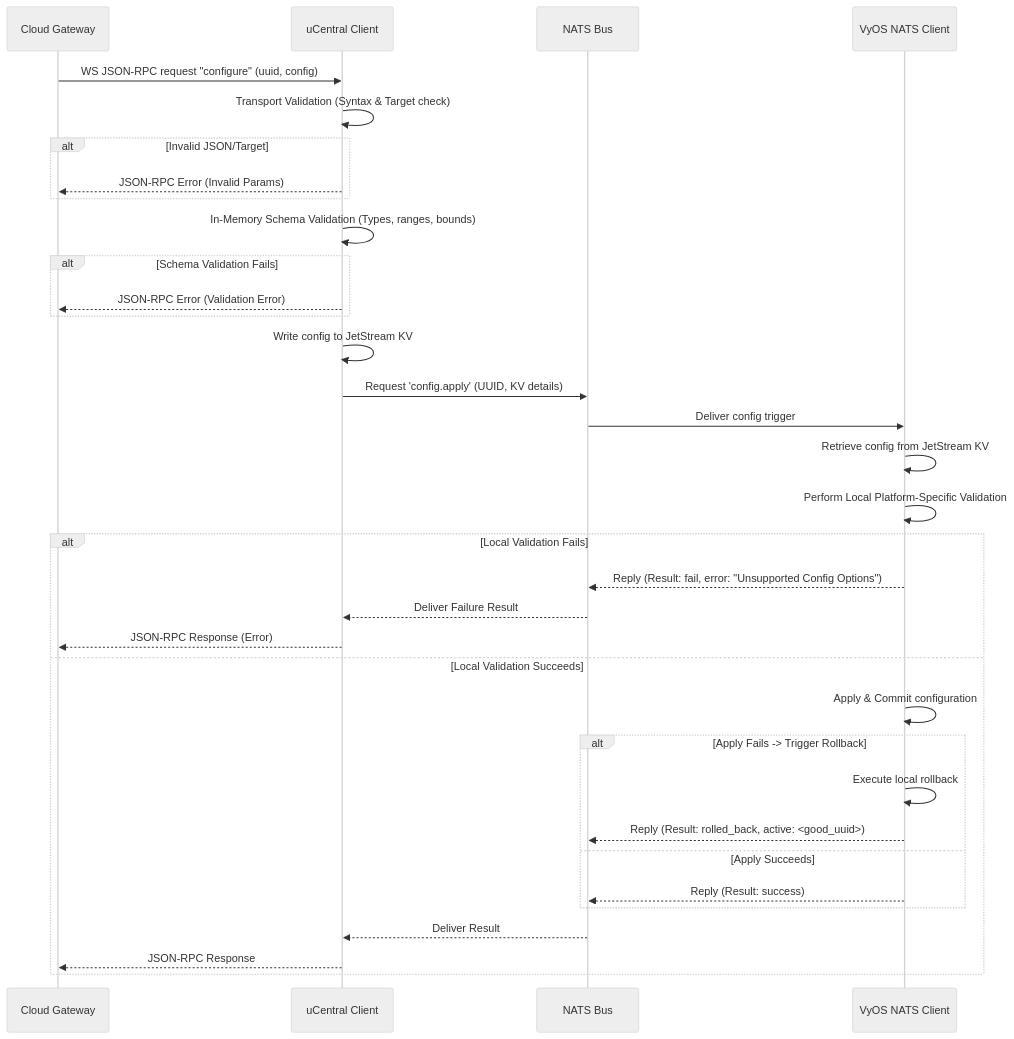
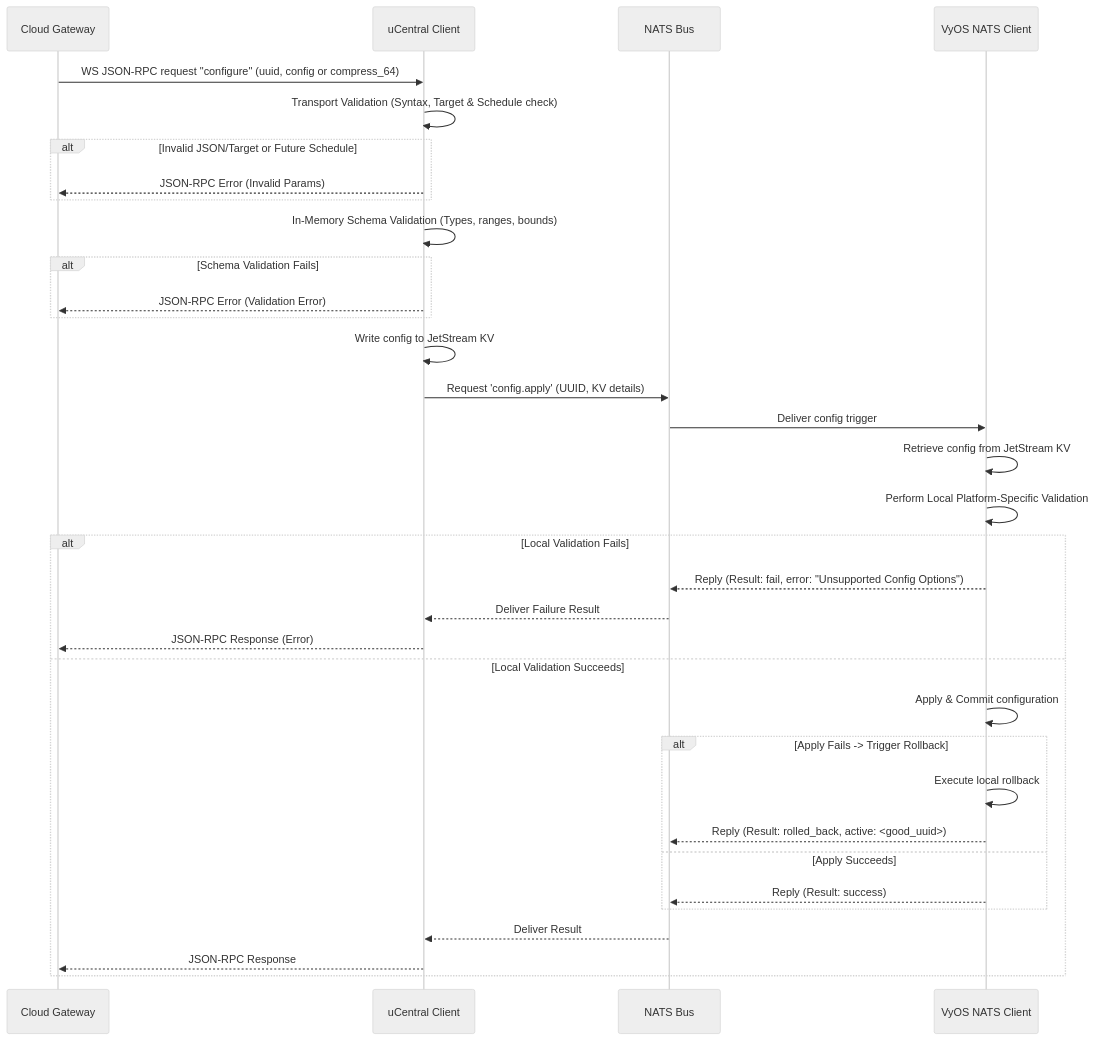
The fourth of 5 diagrams in HIGH_LEVEL_DESIGN.md (routerarchitects/TIP-olg-ucentral-client), drawn with Mermaid (neutral theme) before and after one commit. The commit also changed other lines of this file and 3 other files, not shown here.

````diff
--- a/HIGH_LEVEL_DESIGN.md
+++ b/HIGH_LEVEL_DESIGN.md
@@ -226,45 +244,45 @@
 ```mermaid
 sequenceDiagram
     participant Cloud as Cloud Gateway
     participant GoClient as uCentral Client
     participant NATS as NATS Bus
     participant VyOS as VyOS NATS Client
 
-    Cloud->>GoClient: WS JSON-RPC request "configure" (uuid, config)
-    GoClient->>GoClient: Transport Validation (Syntax & Target check)
+    Cloud->>GoClient: WS JSON-RPC request "configure" (uuid, config or compress_64)
+    GoClient->>GoClient: Transport Validation (Syntax, Target & Schedule check)
     
-    alt Invalid JSON/Target
+    alt Invalid JSON/Target or Future Schedule
         GoClient-->>Cloud: JSON-RPC Error (Invalid Params)
     end
     
     GoClient->>GoClient: In-Memory Schema Validation (Types, ranges, bounds)
     
     alt Schema Validation Fails
         GoClient-->>Cloud: JSON-RPC Error (Validation Error)
     end
     
     GoClient->>GoClient: Write config to JetStream KV
     GoClient->>NATS: Request 'config.apply' (UUID, KV details)
     NATS->>VyOS: Deliver config trigger
     
     VyOS->>VyOS: Retrieve config from JetStream KV
     VyOS->>VyOS: Perform Local Platform-Specific Validation
     
     alt Local Validation Fails
         VyOS-->>NATS: Reply (Result: fail, error: "Unsupported Config Options")
         NATS-->>GoClient: Deliver Failure Result
         GoClient-->>Cloud: JSON-RPC Response (Error)
     else Local Validation Succeeds
         VyOS->>VyOS: Apply & Commit configuration
         
         alt Apply Fails -> Trigger Rollback
             VyOS->>VyOS: Execute local rollback
             VyOS-->>NATS: Reply (Result: rolled_back, active: <good_uuid>)
         else Apply Succeeds
             VyOS-->>NATS: Reply (Result: success)
         end
         
         NATS-->>GoClient: Deliver Result
         GoClient-->>Cloud: JSON-RPC Response
     end
 ```
````
